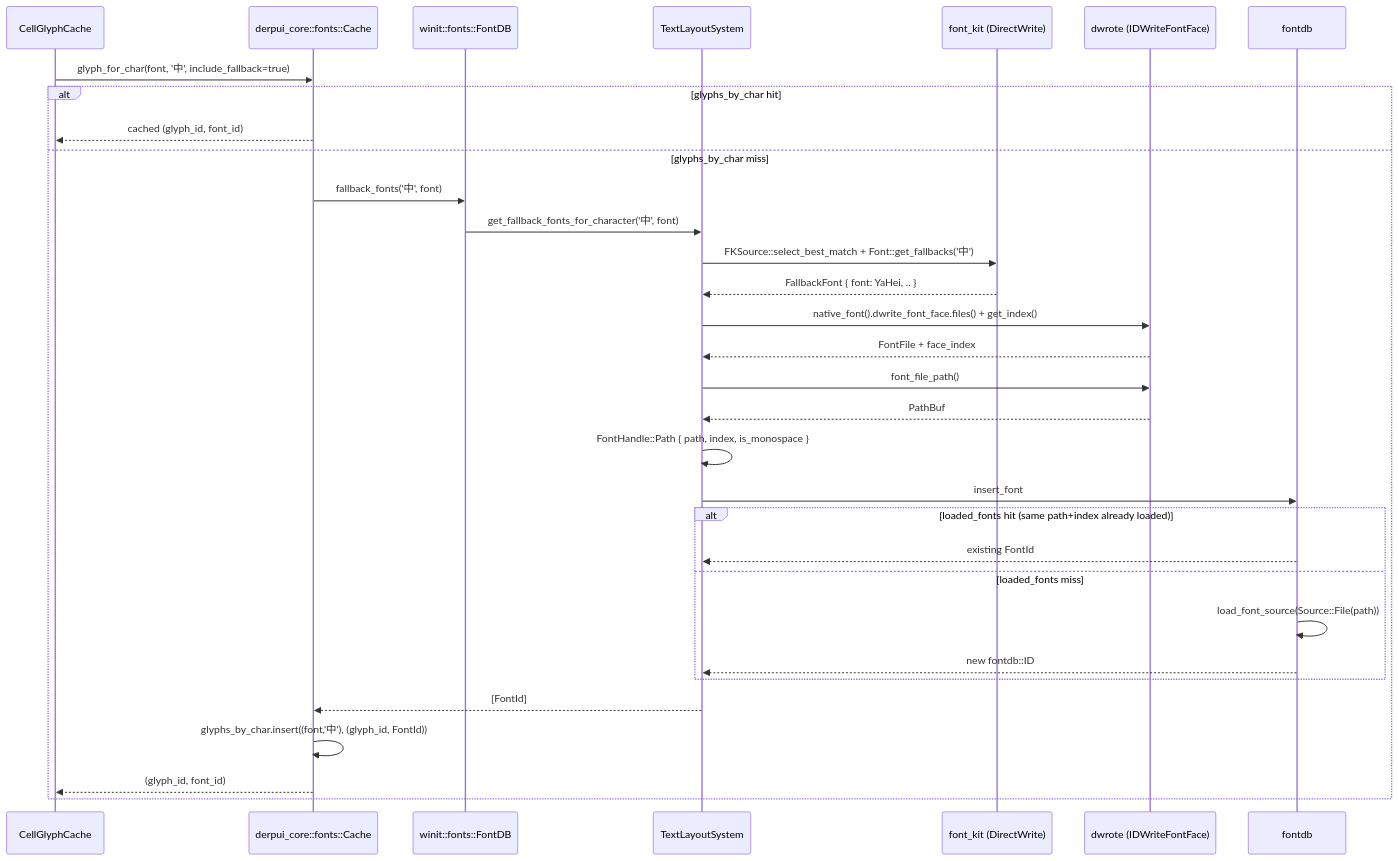
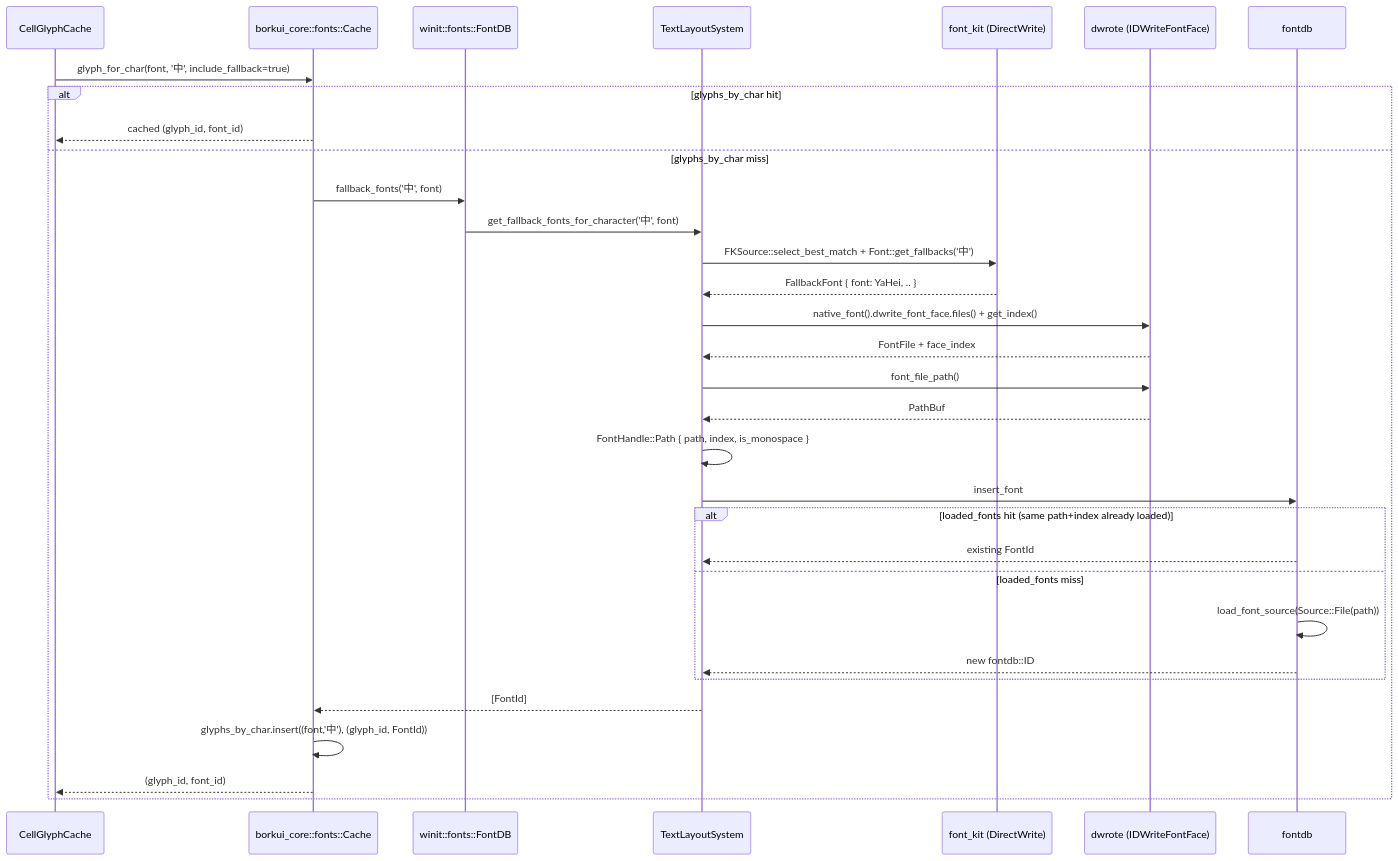
Before and after one commit to antikrust/krust-terminal: the diagram in specs/APP-4098/TECH.md, drawn with Mermaid. The commit also changed other lines of this file and 4477 other files, not shown here.

````diff
--- a/specs/APP-4098/TECH.md
+++ b/specs/APP-4098/TECH.md
@@ -60,34 +60,34 @@
 ```mermaid
 sequenceDiagram
     participant Grid as CellGlyphCache
-    participant Cache as derpui_core::fonts::Cache
+    participant Cache as borkui_core::fonts::Cache
     participant FontDB as winit::fonts::FontDB
     participant TLS as TextLayoutSystem
     participant FK as font_kit (DirectWrite)
     participant DW as dwrote (IDWriteFontFace)
     participant FdB as fontdb
     Grid->>Cache: glyph_for_char(font, '中', include_fallback=true)
     alt glyphs_by_char hit
         Cache-->>Grid: cached (glyph_id, font_id)
     else glyphs_by_char miss
         Cache->>FontDB: fallback_fonts('中', font)
         FontDB->>TLS: get_fallback_fonts_for_character('中', font)
         TLS->>FK: FKSource::select_best_match + Font::get_fallbacks('中')
         FK-->>TLS: FallbackFont { font: YaHei, .. }
         TLS->>DW: native_font().dwrite_font_face.files() + get_index()
         DW-->>TLS: FontFile + face_index
         TLS->>DW: font_file_path()
         DW-->>TLS: PathBuf
         TLS->>TLS: FontHandle::Path { path, index, is_monospace }
         TLS->>FdB: insert_font
         alt loaded_fonts hit (same path+index already loaded)
             FdB-->>TLS: existing FontId
         else loaded_fonts miss
             FdB->>FdB: load_font_source(Source::File(path))
             FdB-->>TLS: new fontdb::ID
         end
         TLS-->>Cache: [FontId]
         Cache->>Cache: glyphs_by_char.insert((font,'中'), (glyph_id, FontId))
         Cache-->>Grid: (glyph_id, font_id)
     end
 ```
````
